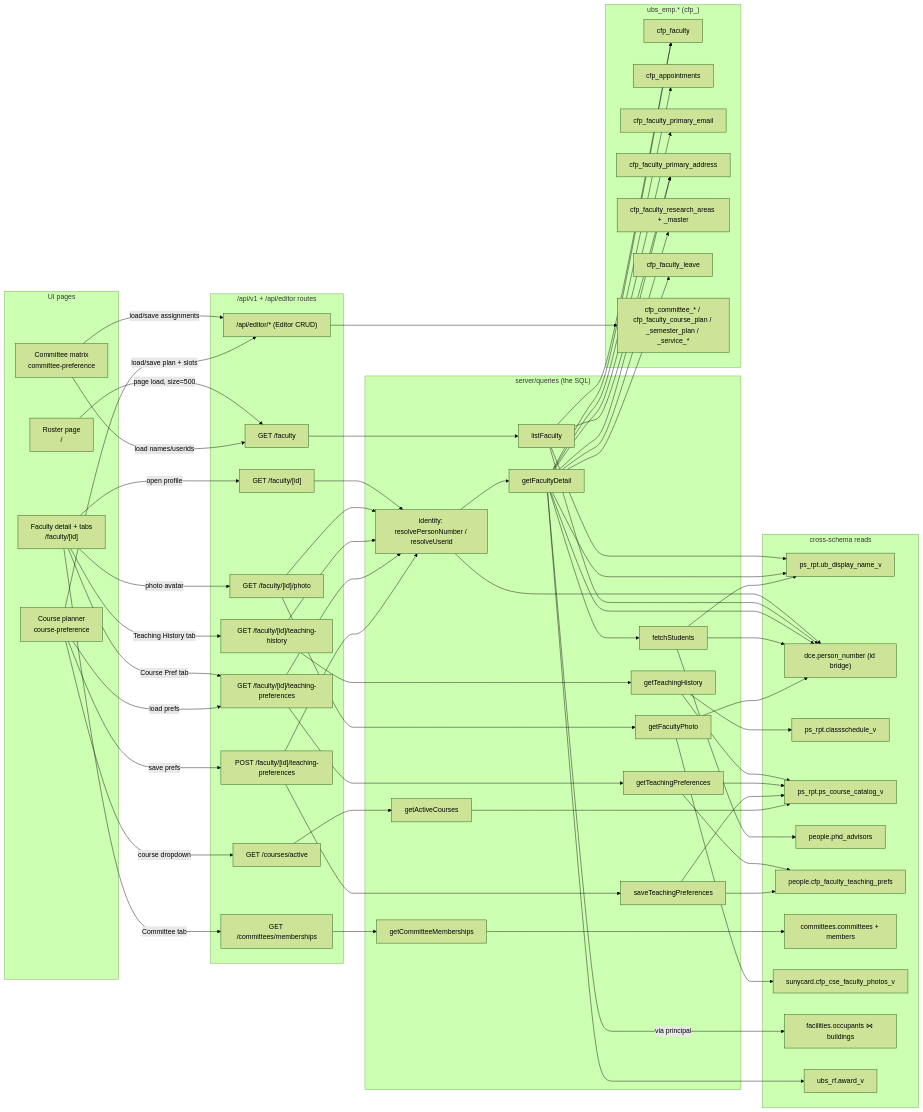
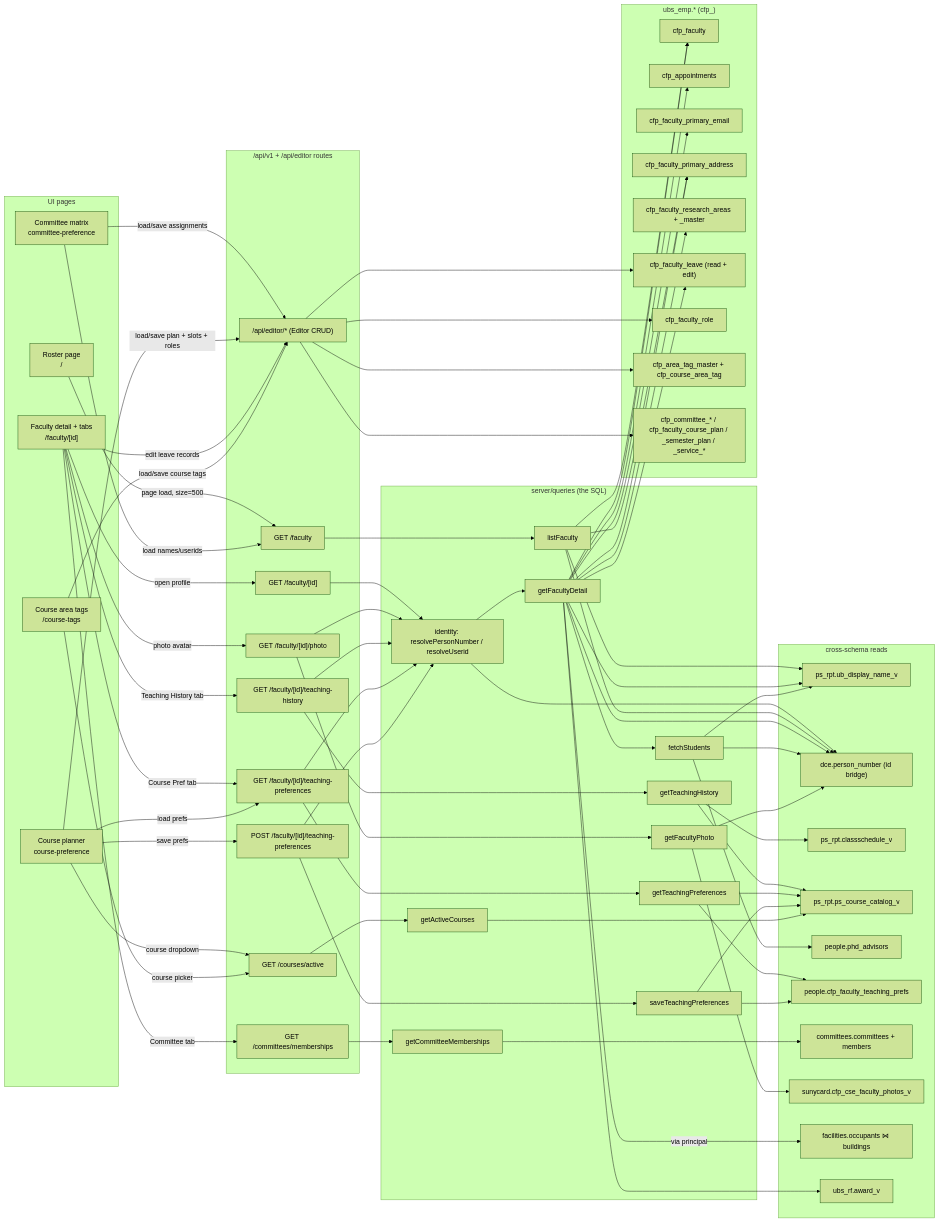
The first of 2 diagrams in docs/api-sql-flowchart.md (akashvignesh/cse-faculty-portal), drawn with Mermaid (forest theme) before and after one commit. The commit also changed other lines of this file and 3 other files, not shown here.

````diff
--- a/docs/api-sql-flowchart.md
+++ b/docs/api-sql-flowchart.md
@@ -23,6 +23,7 @@
     Detail["Faculty detail + tabs<br/>/faculty/[id]"]
     Matrix["Committee matrix<br/>committee-preference"]
     Planner["Course planner<br/>course-preference"]
+    CourseTags["Course area tags<br/>/course-tags"]
   end
 
   %% ---------- API ----------
@@ -59,7 +60,9 @@
     t_email["cfp_faculty_primary_email"]
     t_addr["cfp_faculty_primary_address"]
     t_ra["cfp_faculty_research_areas + _master"]
-    t_leave["cfp_faculty_leave"]
+    t_leave["cfp_faculty_leave (read + edit)"]
+    t_role["cfp_faculty_role"]
+    t_tags["cfp_area_tag_master + cfp_course_area_tag"]
     t_edTables["cfp_committee_* / cfp_faculty_course_plan / _semester_plan / _service_*"]
   end
   subgraph T_other["cross-schema reads"]
@@ -87,7 +90,10 @@
   Planner -->|save prefs| A_prefSave
   Planner -->|course dropdown| A_courses
   Matrix -->|load/save assignments| A_editor
-  Planner -->|load/save plan + slots| A_editor
+  Planner -->|load/save plan + slots + roles| A_editor
+  Detail -->|edit leave records| A_editor
+  CourseTags -->|load/save course tags| A_editor
+  CourseTags -->|course picker| A_courses
 
   %% ---- API to Query ----
   A_list --> Q_list
@@ -116,5 +122,5 @@
   Q_prefSave --> t_prefs & t_cat
   Q_comm --> t_comm
   Q_courses --> t_cat
-  A_editor --> t_edTables
+  A_editor --> t_edTables & t_leave & t_role & t_tags
 ```
````
